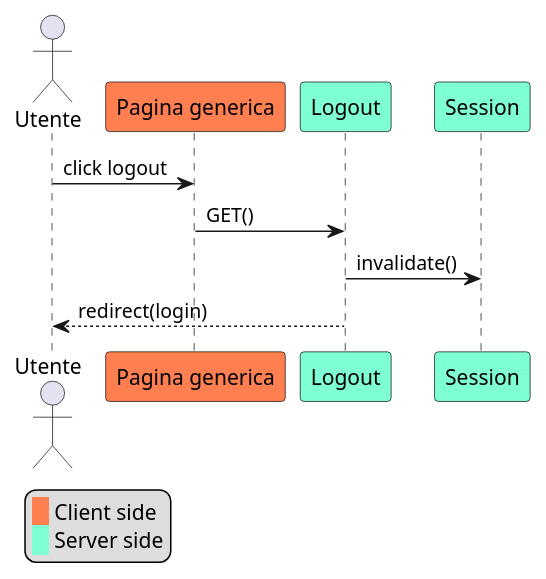
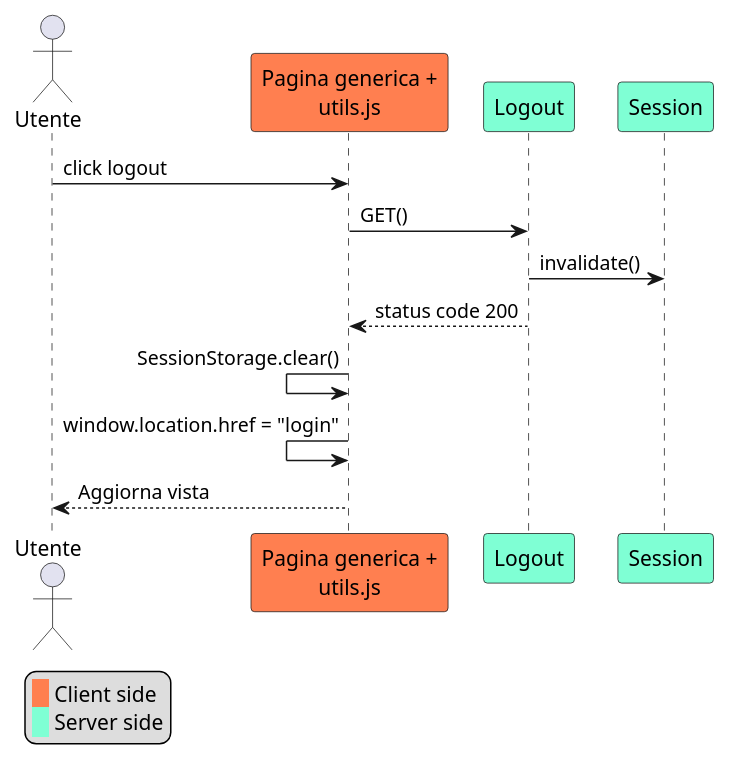
One commit to jonnysciar/TIW_Project changed the diagram in doc/sequence_diagrams/JS/logoutJS.puml. Above: the diagram before and after it, drawn with PlantUML. The commit also changed 8 other files, not shown here.

Commit message:
JS sequence diagram complete

```diff
--- a/doc/sequence_diagrams/JS/logoutJS.puml
+++ b/doc/sequence_diagrams/JS/logoutJS.puml
@@ -1,17 +1,20 @@
 @startuml
 legend left
  <back:#coral>   </back> Client side
  <back:#aquamarine>   </back> Server side
 endlegend
 
 actor Utente as utente
 skinparam ParticipantBackgroundColor coral
-participant "Pagina generica" as login
+participant "Pagina generica +\nutils.js" as login
 
 utente -> login: click logout
 
 skinparam ParticipantBackgroundColor aquamarine
 login -> Logout: GET()
 Logout -> Session: invalidate()
-Logout --> utente: redirect(login)
+Logout --> login: status code 200
+login <- login: SessionStorage.clear()
+login <- login: window.location.href = "login"
+login --> utente: Aggiorna vista
 @enduml
```
